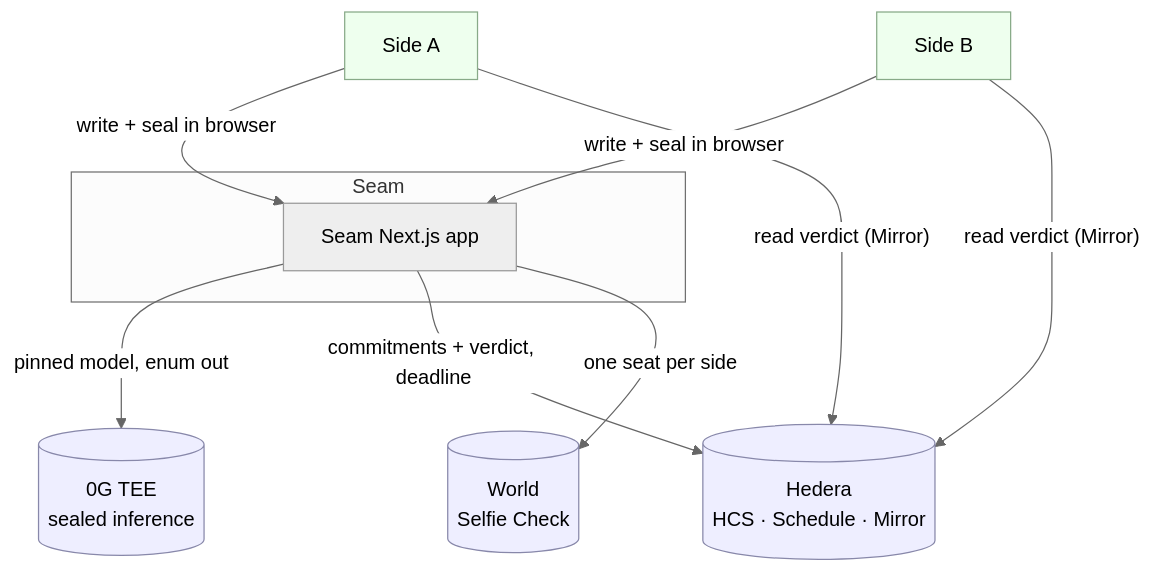
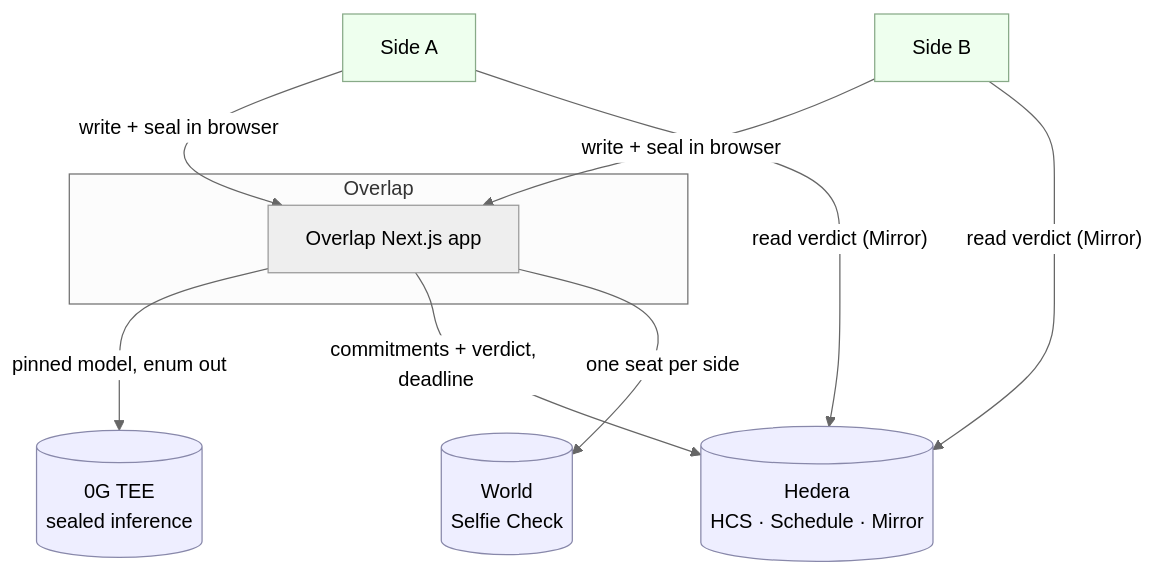
The first of 3 diagrams in docs/00-overview/01-architecture.md (fabroche/ethglobal-lisboa-2026), drawn with Mermaid (neutral theme) before and after one commit. The commit also changed other lines of this file and 55 other files, not shown here.

````diff
--- a/docs/00-overview/01-architecture.md
+++ b/docs/00-overview/01-architecture.md
@@ -24,22 +24,22 @@
 ```mermaid
 flowchart TB
   A[Side A]:::human
   B[Side B]:::human
-  subgraph Seam
-    APP[Seam Next.js app]
+  subgraph Overlap
+    APP[Overlap Next.js app]
   end
   OG[(0G TEE\nsealed inference)]:::ext
   HED[(Hedera\nHCS · Schedule · Mirror)]:::ext
   WOR[(World\nSelfie Check)]:::ext
 
   A -- write + seal in browser --> APP
   B -- write + seal in browser --> APP
   APP -- pinned model, enum out --> OG
   APP -- commitments + verdict, deadline --> HED
   APP -- one seat per side --> WOR
   A -- read verdict (Mirror) --> HED
   B -- read verdict (Mirror) --> HED
 
   classDef ext fill:#eef,stroke:#88a;
   classDef human fill:#efe,stroke:#8a8;
 ```
````
